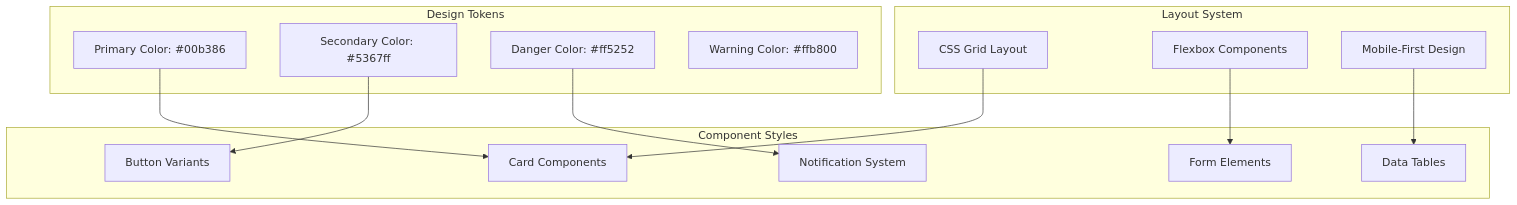
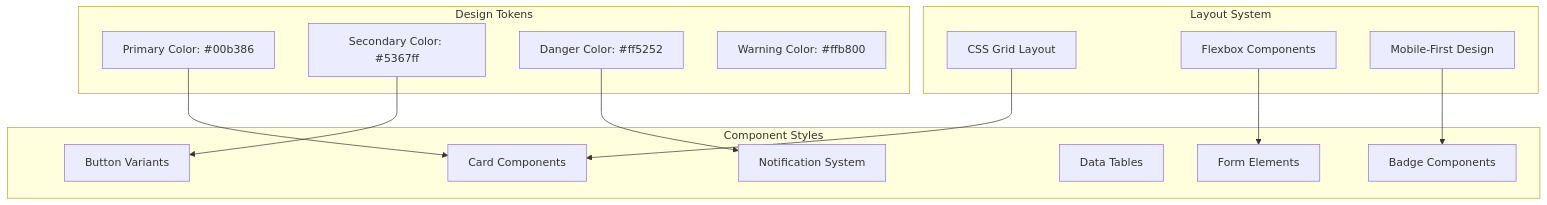
One commit to aravinthraj-ramalingam/Groww-App-Review-Insights-Analyzer- changed the ninth of 11 diagrams in .qoder/repowiki/en/content/Getting Started/Phase 3_ Frontend React Application.md. Above: the diagram before and after it, drawn with Mermaid. The commit also changed other lines of this file and 4 other files, not shown here.

````diff
--- a/.qoder/repowiki/en/content/Getting Started/Phase 3_ Frontend React Application.md
+++ b/.qoder/repowiki/en/content/Getting Started/Phase 3_ Frontend React Application.md
@@ -444,27 +450,28 @@
 ```mermaid
 graph TB
 subgraph "Design Tokens"
 Primary[Primary Color: #00b386]
 Secondary[Secondary Color: #5367ff]
 Danger[Danger Color: #ff5252]
 Warning[Warning Color: #ffb800]
 end
 subgraph "Component Styles"
 Cards[Card Components]
 Buttons[Button Variants]
 Forms[Form Elements]
 Tables[Data Tables]
 Alerts[Notification System]
+Badges[Badge Components]
 end
 subgraph "Layout System"
 Grid[CSS Grid Layout]
 Flexbox[Flexbox Components]
 Responsive[Mobile-First Design]
 end
 Primary --> Cards
 Secondary --> Buttons
 Danger --> Alerts
 Grid --> Cards
 Flexbox --> Forms
-Responsive --> Tables
+Responsive --> Badges
 ```
````
